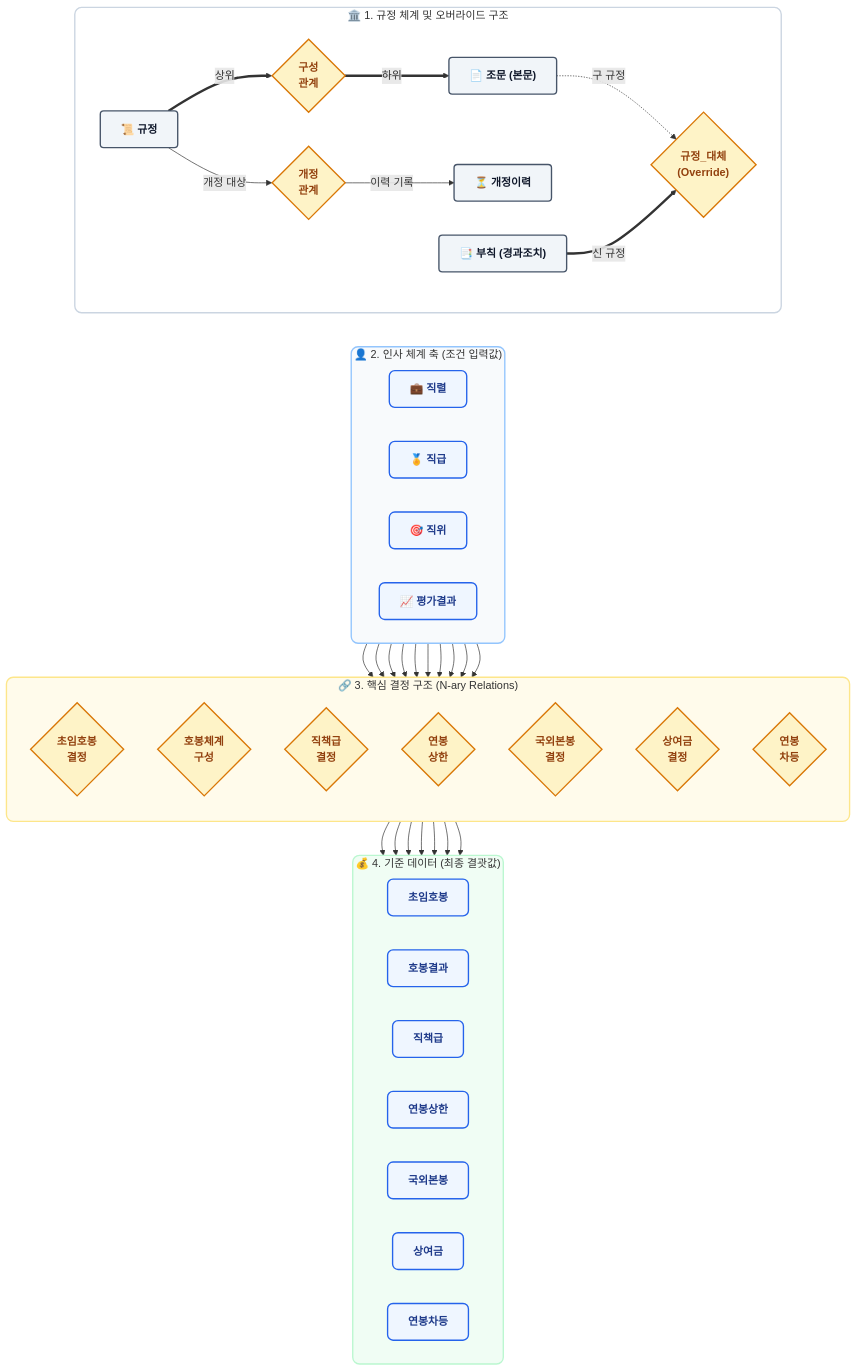
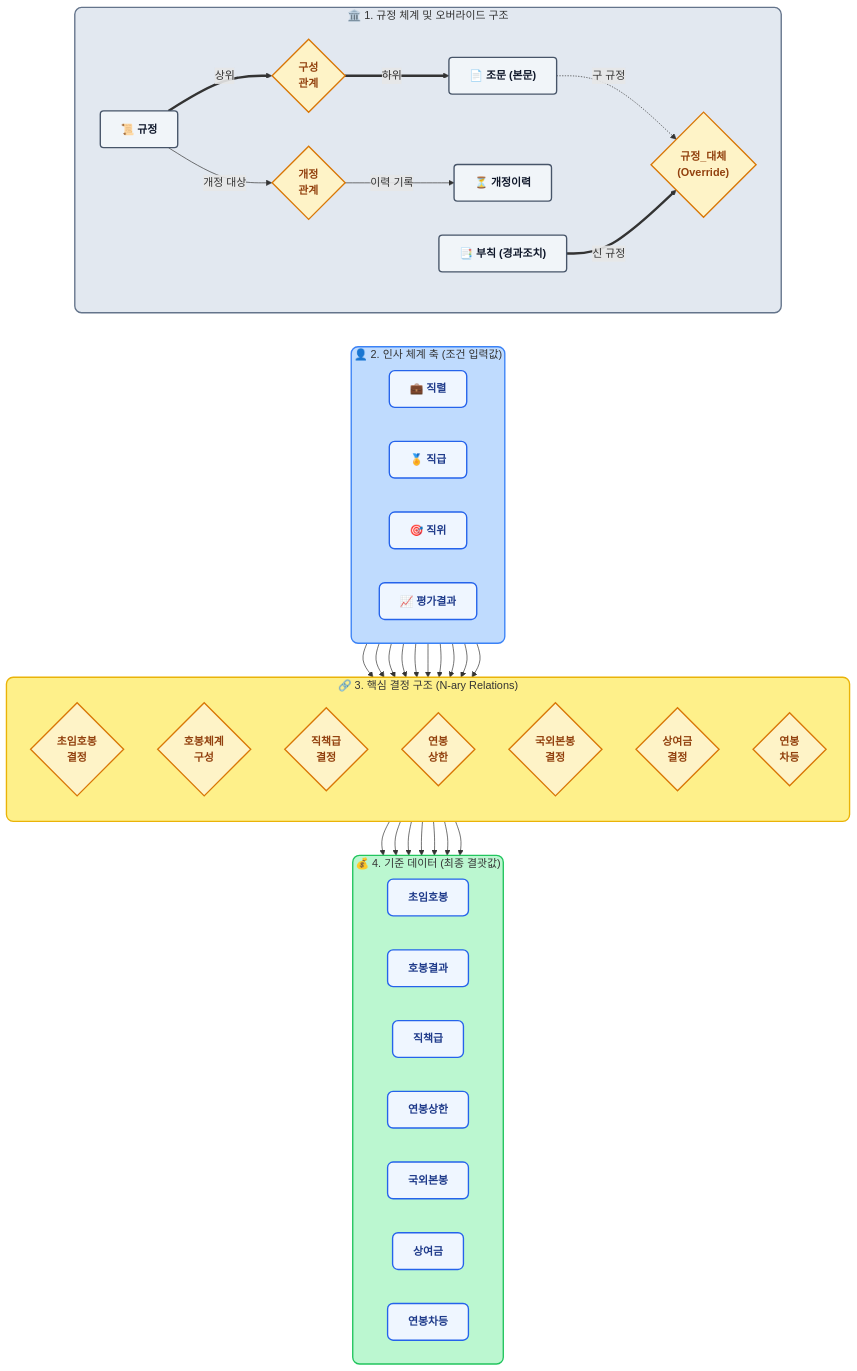
Before and after one commit to shezgone/bok-compensation-regulations: the first of 2 diagrams in README.md, drawn with Mermaid. The commit also changed 1 other file, not shown here.

Commit message:
docs: Increase color contrast for Subgraphs in Mermaid ERD

````diff
--- a/README.md
+++ b/README.md
@@ -95,8 +95,8 @@
     Eval --> Rel_SalDiff --> SalDiffStd
 
     %% 🎨 서브그래프 스타일 직접 적용 (둥근 테두리 및 배경색)
-    style Cluster_Rule fill:#FFFFFF,stroke:#CBD5E1,stroke-width:2px,rx:10,ry:10
-    style Cluster_HR fill:#F8FAFC,stroke:#93C5FD,stroke-width:2px,rx:10,ry:10
-    style Cluster_Rel fill:#FFFBEB,stroke:#FDE68A,stroke-width:2px,rx:10,ry:10
-    style Cluster_Std fill:#F0FDF4,stroke:#BBF7D0,stroke-width:2px,rx:10,ry:10
+    style Cluster_Rule fill:#e2e8f0,stroke:#64748b,stroke-width:2px,rx:10,ry:10
+    style Cluster_HR fill:#bfdbfe,stroke:#3b82f6,stroke-width:2px,rx:10,ry:10
+    style Cluster_Rel fill:#fef08a,stroke:#eab308,stroke-width:2px,rx:10,ry:10
+    style Cluster_Std fill:#bbf7d0,stroke:#22c55e,stroke-width:2px,rx:10,ry:10
 ```
````
